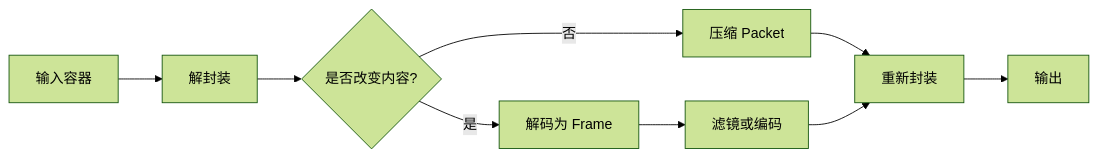
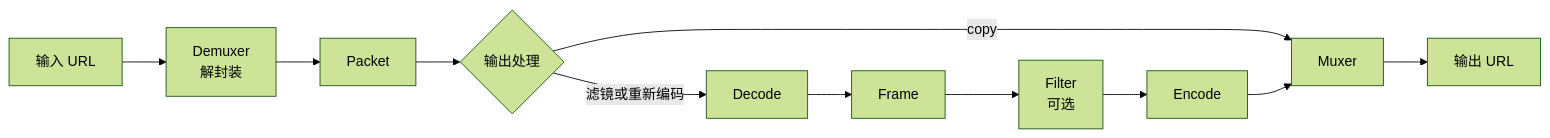
Before and after one commit to flycodeu/FlyCodeCenter: the first of 2 diagrams in src/content/tutorial/ffmpeg/05-参数体系与命令结构.md, drawn with Mermaid (forest theme). The commit also changed other lines of this file and 8 other files, not shown here.

First line of the commit message:
docs(ffmpeg): 更新 FFmpeg 教程文档并完善图表功能测试

````diff
--- a/src/content/tutorial/ffmpeg/05-参数体系与命令结构.md
+++ b/src/content/tutorial/ffmpeg/05-参数体系与命令结构.md
@@ -60,11 +60,13 @@
 ```mermaid
 flowchart LR
-  A[输入容器] --> B[解封装]
-  B --> C{是否改变内容?}
-  C -->|否| D[压缩 Packet]
-  D --> G[重新封装]
-  C -->|是| E[解码为 Frame]
-  E --> F[滤镜或编码]
-  F --> G
-  G --> H[输出]
+  A[输入 URL] --> B[Demuxer<br/>解封装]
+  B --> C[Packet]
+  C --> D{输出处理}
+  D -->|copy| E[Muxer]
+  D -->|滤镜或重新编码| F[Decode]
+  F --> G[Frame]
+  G --> H[Filter<br/>可选]
+  H --> I[Encode]
+  I --> E
+  E --> J[输出 URL]
 ```
````
